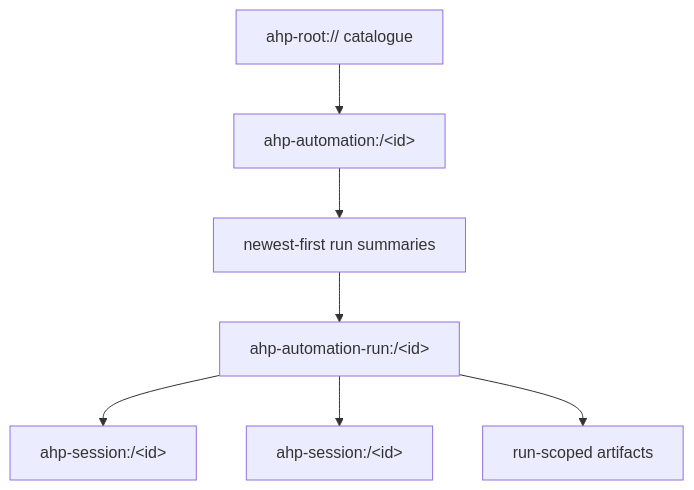
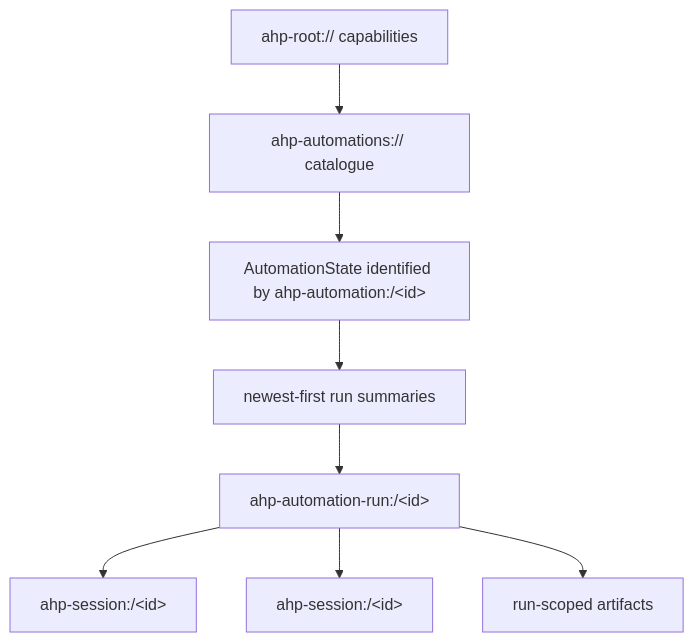
One commit to microsoft/agent-host-protocol changed the first of 2 diagrams in docs/guide/automations.md. Above: the diagram before and after it, drawn with Mermaid. The commit also changed other lines of this file and 37 other files, not shown here.

First line of the commit message:
automations: feat: synchronize automation catalogue state

````diff
--- a/docs/guide/automations.md
+++ b/docs/guide/automations.md
@@ -56,9 +56,10 @@
 ```mermaid
 flowchart TD
-  R["ahp-root:// catalogue"] --> A["ahp-automation:/&lt;id&gt;"]
+  R["ahp-root:// capabilities"] --> C["ahp-automations:// catalogue"]
+  C --> A["AutomationState identified by ahp-automation:/&lt;id&gt;"]
   A --> RS["newest-first run summaries"]
   RS --> AR["ahp-automation-run:/&lt;id&gt;"]
   AR --> S1["ahp-session:/&lt;id&gt;"]
   AR --> S2["ahp-session:/&lt;id&gt;"]
   AR --> F["run-scoped artifacts"]
 ```
````
